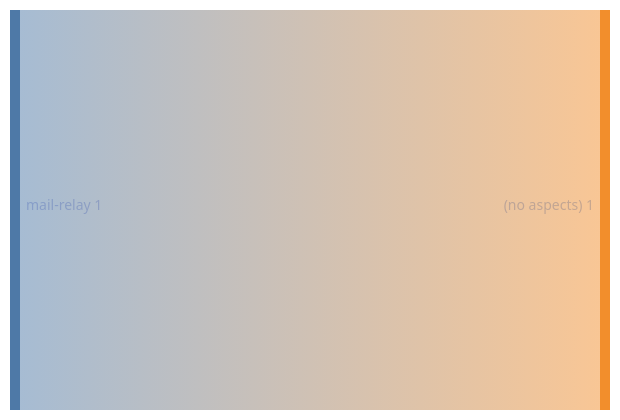
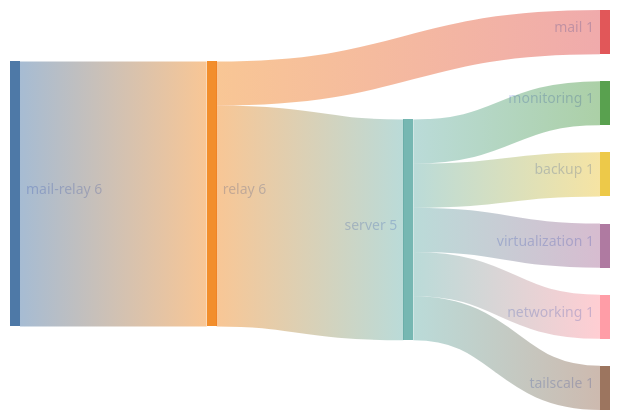
One commit to sini/den changed the diagram in templates/diag-fx-demo/diagrams/mail-relay-sankey.md. Above: the diagram before and after it, drawn with Mermaid. The commit also changed 849 other files, not shown here.

Commit message:
chore: update fx diagrams

````diff
--- a/templates/diag-fx-demo/diagrams/mail-relay-sankey.md
+++ b/templates/diag-fx-demo/diagrams/mail-relay-sankey.md
@@ -5,6 +5,13 @@
 ```mermaid
 %%{init: {"theme":"base","themeVariables":{"activationBkgColor":"#313244","activationBorderColor":"#6c7086","actorBkg":"#313244","actorBorder":"#a6adc8","actorLineColor":"#a6adc8","actorTextColor":"#cdd6f4","background":"#1e1e2e","classText":"#cdd6f4","clusterBkg":"#313244","clusterBorder":"#6c7086","edgeLabelBackground":"#1e1e2e","labelBoxBkgColor":"#313244","labelBoxBorderColor":"#a6adc8","labelTextColor":"#cdd6f4","lineColor":"#a6adc8","loopTextColor":"#cdd6f4","mainBkg":"#313244","nodeBkg":"#313244","nodeBorder":"#a6adc8","nodeTextColor":"#cdd6f4","noteBkgColor":"#313244","noteBorderColor":"#6c7086","noteTextColor":"#cdd6f4","pie1":"#f38ba8","pie2":"#fab387","pie3":"#f9e2af","pie4":"#a6e3a1","pie5":"#94e2d5","pie6":"#89b4fa","pie7":"#cba6f7","pie8":"#f2cdcd","pieLegendTextColor":"#cdd6f4","pieOuterStrokeColor":"#6c7086","pieSectionTextColor":"#cdd6f4","pieStrokeColor":"#6c7086","pieTitleTextColor":"#cdd6f4","primaryBorderColor":"#a6adc8","primaryColor":"#313244","primaryTextColor":"#cdd6f4","secondBkg":"#313244","secondaryBorderColor":"#6c7086","secondaryColor":"#313244","secondaryTextColor":"#cdd6f4","sequenceNumberColor":"#1e1e2e","signalColor":"#a6adc8","signalTextColor":"#cdd6f4","tertiaryBorderColor":"#6c7086","tertiaryColor":"#313244","tertiaryTextColor":"#cdd6f4","textColor":"#cdd6f4","titleColor":"#cdd6f4"}}}%%
 sankey-beta
 
-"mail-relay","(no aspects)",1
+"mail-relay","relay",6
+"relay","mail",1
+"relay","server",5
+"server","monitoring",1
+"server","backup",1
+"server","virtualization",1
+"server","networking",1
+"server","tailscale",1
 ```
````
